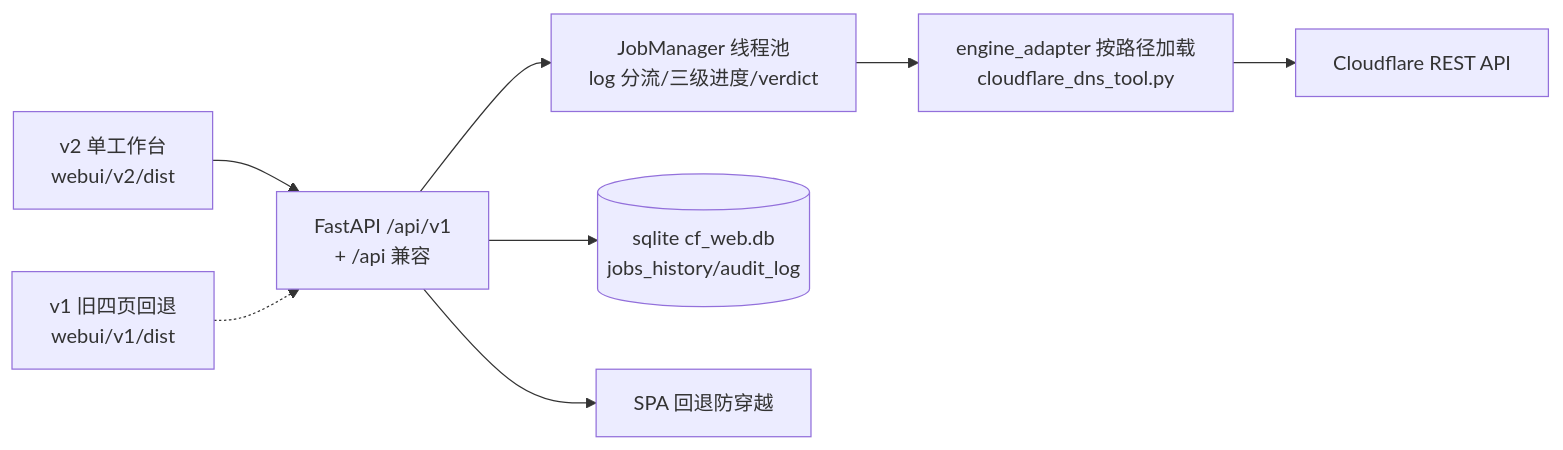
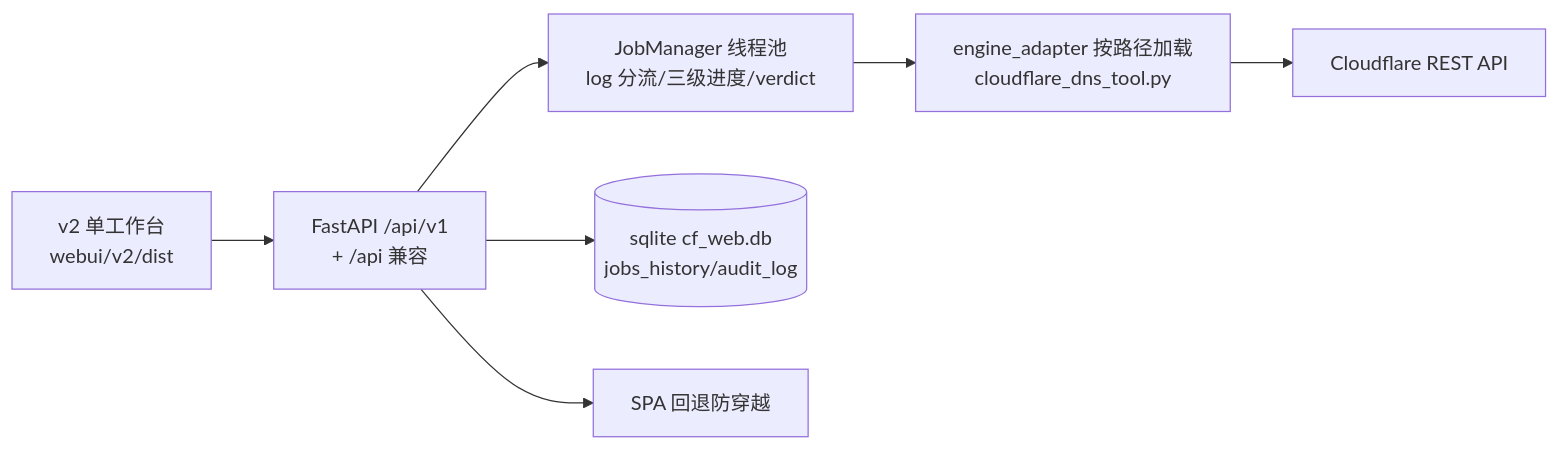
The first of 2 diagrams in wp/woocommerce/woo_df/pys/cf_api/webui/README.md (xuchaoxin1375/scripts), drawn with Mermaid before and after one commit. The commit also changed other lines of this file and 22 other files, not shown here.

````diff
--- a/wp/woocommerce/woo_df/pys/cf_api/webui/README.md
+++ b/wp/woocommerce/woo_df/pys/cf_api/webui/README.md
@@ -60,10 +56,9 @@
 ```mermaid
 flowchart LR
     UI[v2 单工作台<br>webui/v2/dist] --> API[FastAPI /api/v1<br>+ /api 兼容]
-    V1[v1 旧四页回退<br>webui/v1/dist] -.-> API
     API --> MGR[JobManager 线程池<br>log 分流/三级进度/verdict]
     MGR --> ENG[engine_adapter 按路径加载<br>cloudflare_dns_tool.py]
     ENG --> CF[Cloudflare REST API]
     API --> DB[(sqlite cf_web.db<br>jobs_history/audit_log)]
     API --> SPA[SPA 回退防穿越]
 ```
````
